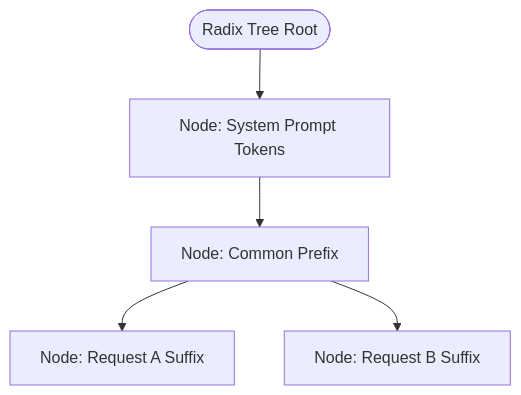
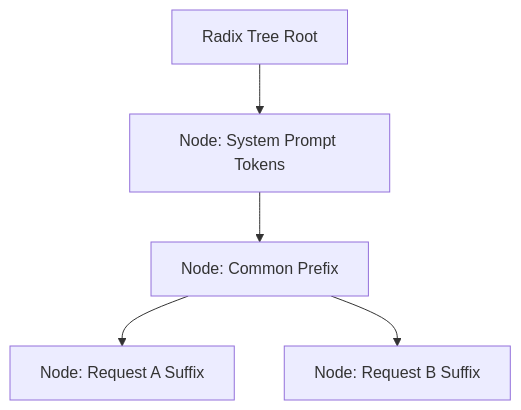
The fifth of 6 diagrams in docs/features.md (Ammar-Alnagar/mini-sglang-rs), drawn with Mermaid before and after one commit. The commit also changed other lines of this file and 4 other files, not shown here.

First line of the commit message:
Update documentation and system diagrams (#4)

````diff
--- a/docs/features.md
+++ b/docs/features.md
@@ -79,7 +98,7 @@
 ```mermaid
 flowchart TD
-    Root([Radix Tree Root]) --> SystemPrompt["Node: System Prompt Tokens"]
+    Root["Radix Tree Root"] --> SystemPrompt["Node: System Prompt Tokens"]
     SystemPrompt --> SharedPrefix["Node: Common Prefix"]
     SharedPrefix --> ReqA["Node: Request A Suffix"]
     SharedPrefix --> ReqB["Node: Request B Suffix"]
 ```
````
